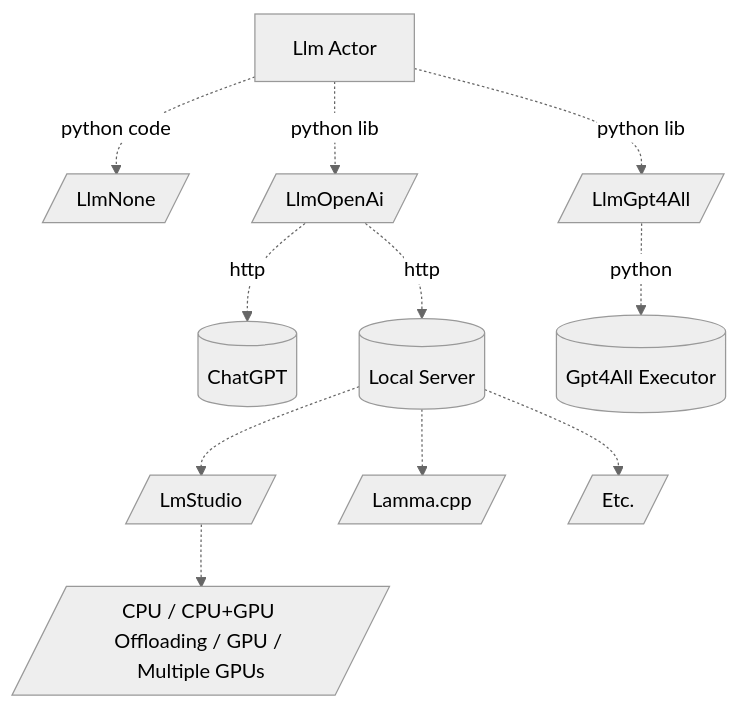
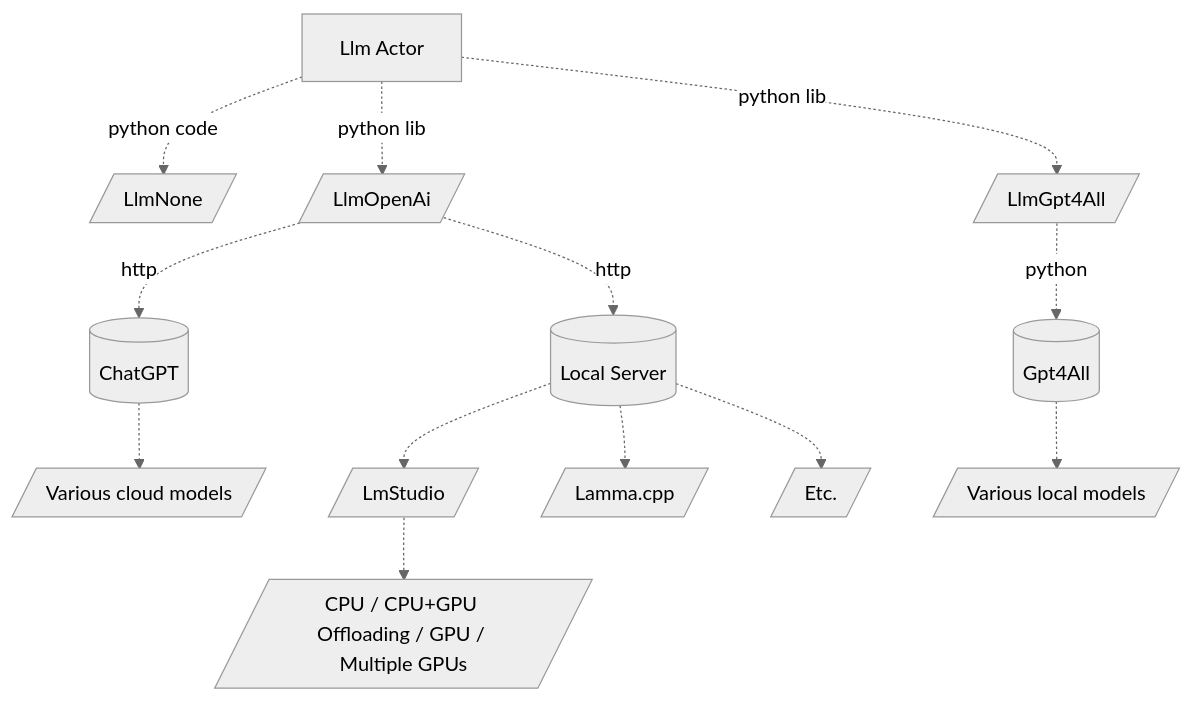
One commit to sghpjuikit/player changed the sixth of 7 diagrams in app/speech-recognition-whisper/README.md. Above: the diagram before and after it, drawn with Mermaid (neutral theme). The commit also changed other lines of this file, not shown here.

````diff
--- a/app/speech-recognition-whisper/README.md
+++ b/app/speech-recognition-whisper/README.md
@@ -117,14 +118,16 @@
 ```mermaid
 flowchart TD
   LLMX[Llm Actor]
   LLMX     -.->|python code| LLMX0[/LlmNone/]
   LLMX     -.->|python lib| LLMX1[/LlmOpenAi/]
   LLMX     -.->|python lib| LLMX2[/LlmGpt4All/]
   LLMX1    -.->|http| LLMX3[(ChatGPT)]
   LLMX1    -.->|http| LLMX4[(Local Server)]
-  LLMX2    -.->|python| LLMX5[(Gpt4All Executor)]
+  LLMX2    -.->|python| LLMX5[(Gpt4All)]
   LLMX4    -.-> LMSTUDIO[/LmStudio/]
   LLMX4    -.-> LAMMACPP[/Lamma.cpp/]
   LLMX4    -.-> LAMMAETC[/Etc./]
+  LLMX5    -.-> LLMX5MOD[/Various local models/]
+  LLMX3    -.-> LLMX3MOD[/Various cloud models/]
   LMSTUDIO -.-> LMSTUDIOHW2[/CPU / CPU+GPU Offloading / GPU / Multiple GPUs /]
 ```
````
